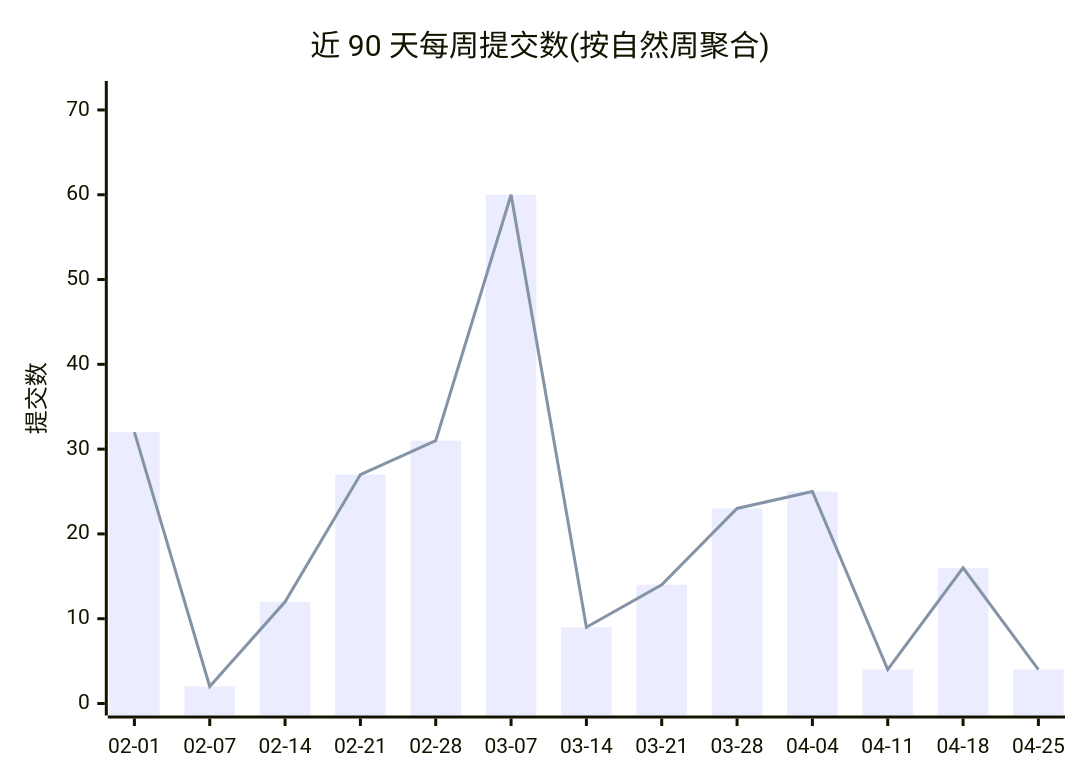
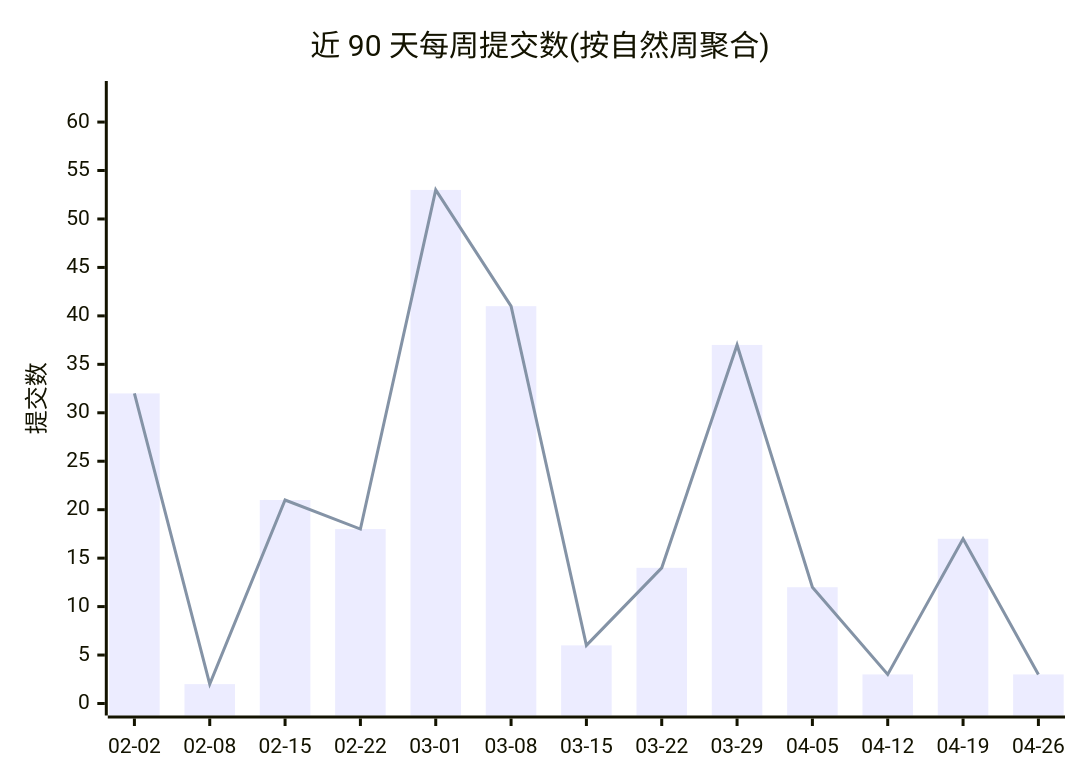
One commit to Conflux-Union/.github changed the first of 2 diagrams in profile/README.md. Above: the diagram before and after it, drawn with Mermaid. The commit also changed other lines of this file and 1 other file, not shown here.

Commit message:
chore(stats): refresh org commit stats

````diff
--- a/profile/README.md
+++ b/profile/README.md
@@ -44,8 +44,8 @@
 ```mermaid
 xychart-beta
     title "近 90 天每周提交数(按自然周聚合)"
-    x-axis ["02-01", "02-07", "02-14", "02-21", "02-28", "03-07", "03-14", "03-21", "03-28", "04-04", "04-11", "04-18", "04-25"]
-    y-axis "提交数" 0 --> 72
-    bar [32, 2, 12, 27, 31, 60, 9, 14, 23, 25, 4, 16, 4]
-    line [32, 2, 12, 27, 31, 60, 9, 14, 23, 25, 4, 16, 4]
+    x-axis ["02-02", "02-08", "02-15", "02-22", "03-01", "03-08", "03-15", "03-22", "03-29", "04-05", "04-12", "04-19", "04-26"]
+    y-axis "提交数" 0 --> 63
+    bar [32, 2, 21, 18, 53, 41, 6, 14, 37, 12, 3, 17, 3]
+    line [32, 2, 21, 18, 53, 41, 6, 14, 37, 12, 3, 17, 3]
 ```
````
